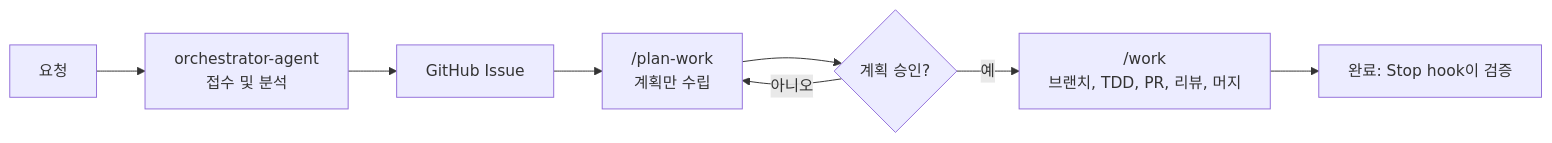
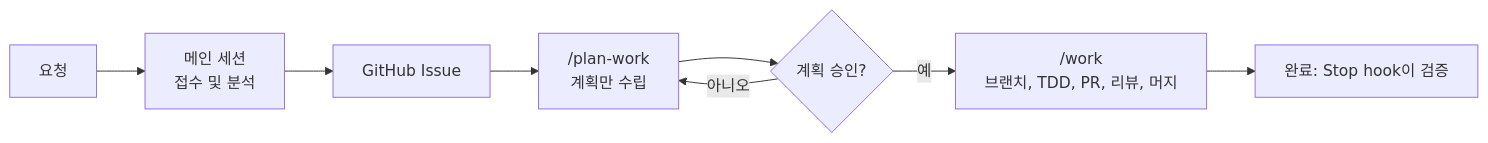
The diagram in docs/development/agent-collaboration.ko.md (smallmiro/minecraft-server-manager), drawn with Mermaid before and after one commit. The commit also changed other lines of this file and 1 other file, not shown here.

First line of the commit message:
docs: update agent collaboration guide for skills, tools, and models (#853)

````diff
--- a/docs/development/agent-collaboration.ko.md
+++ b/docs/development/agent-collaboration.ko.md
@@ -44,10 +43,10 @@
 ```mermaid
 flowchart LR
-    A[요청] --> B[orchestrator-agent<br/>접수 및 분석]
+    A[요청] --> B[메인 세션<br/>접수 및 분석]
     B --> C[GitHub Issue]
     C --> D["/plan-work<br/>계획만 수립"]
     D --> E{계획 승인?}
     E -- 아니오 --> D
     E -- 예 --> F["/work<br/>브랜치, TDD, PR, 리뷰, 머지"]
     F --> G[완료: Stop hook이 검증]
 ```
````
